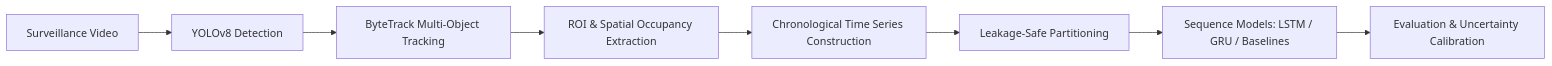
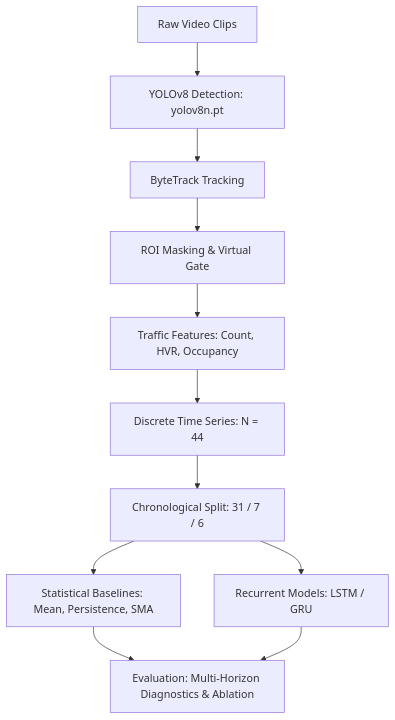
One commit to manishzx17/vision-based-traffic-forecasting-dl changed the diagram in README.md. Above: the diagram before and after it, drawn with Mermaid. The commit also changed other lines of this file, not shown here.

````diff
--- a/README.md
+++ b/README.md
@@ -17,10 +26,12 @@
 ```mermaid
-flowchart LR
-    A[Surveillance Video] --> B[YOLOv8 Detection]
-    B --> C[ByteTrack Multi-Object Tracking]
-    C --> D[ROI & Spatial Occupancy Extraction]
-    D --> E[Chronological Time Series Construction]
-    E --> F[Leakage-Safe Partitioning]
-    F --> G[Sequence Models: LSTM / GRU / Baselines]
-    G --> H[Evaluation & Uncertainty Calibration]
+flowchart TD
+    A[Raw Video Clips] --> B[YOLOv8 Detection: yolov8n.pt]
+    B --> C[ByteTrack Tracking]
+    C --> D[ROI Masking & Virtual Gate]
+    D --> E[Traffic Features: Count, HVR, Occupancy]
+    E --> F[Discrete Time Series: N = 44]
+    F --> G[Chronological Split: 31 / 7 / 6]
+    G --> H1[Statistical Baselines: Mean, Persistence, SMA]
+    G --> H2[Recurrent Models: LSTM / GRU]
+    H1 & H2 --> I[Evaluation: Multi-Horizon Diagnostics & Ablation]
 ```
````
